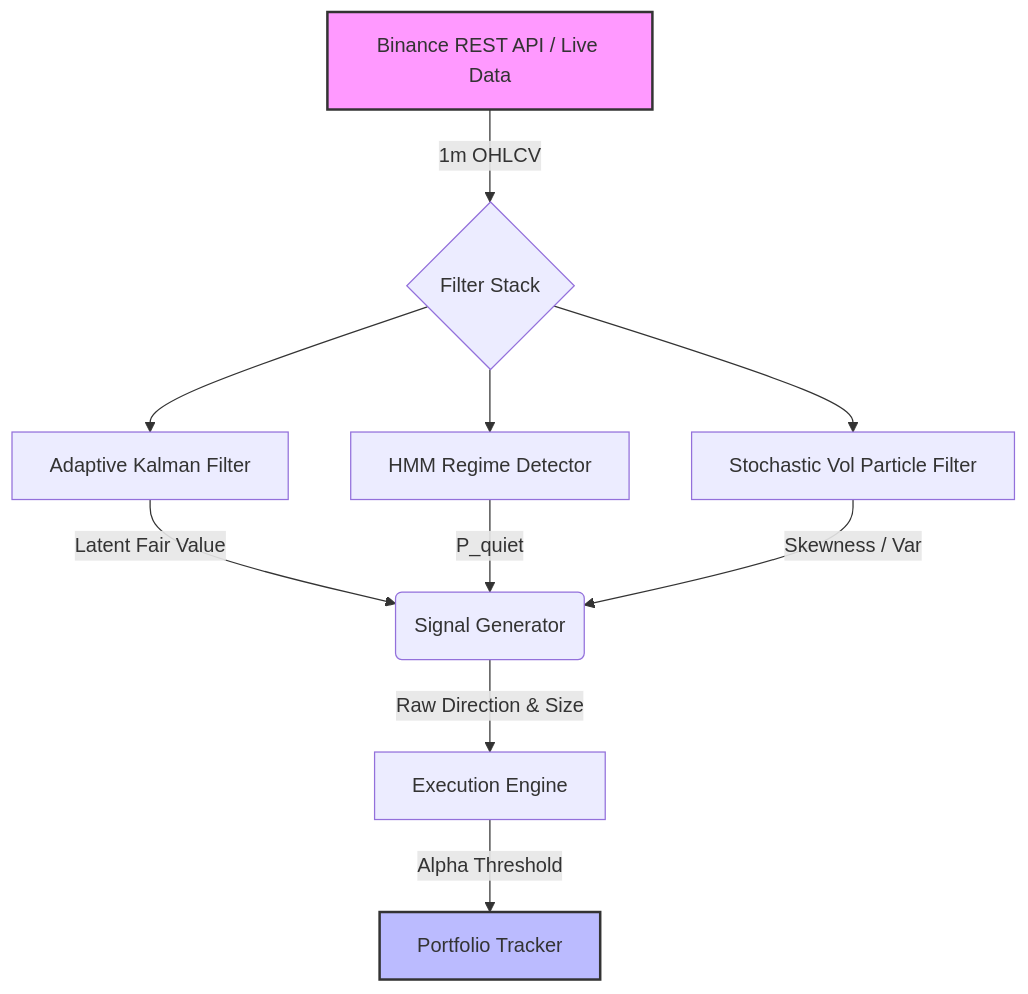
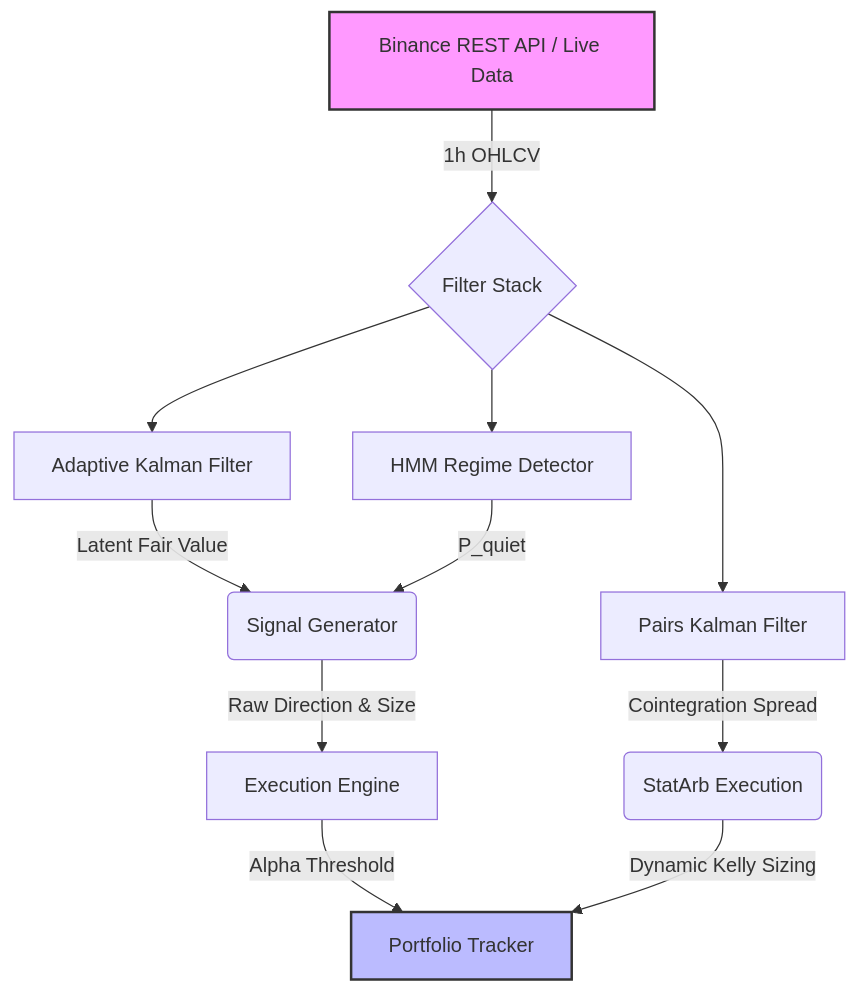
One commit to AnshDani2004/bayesian-market-filters changed the diagram in README.md. Above: the diagram before and after it, drawn with Mermaid. The commit also changed other lines of this file, not shown here.

````diff
--- a/README.md
+++ b/README.md
@@ -7,18 +7,20 @@
 ```mermaid
 graph TD
-    A[Binance REST API / Live Data] -->|1m OHLCV| B{Filter Stack}
+    A[Binance REST API / Live Data] -->|1h OHLCV| B{Filter Stack}
     
     B --> C[Adaptive Kalman Filter]
     B --> D[HMM Regime Detector]
-    B --> E[Stochastic Vol Particle Filter]
+    B --> E[Pairs Kalman Filter]
     
     C -->|Latent Fair Value| F(Signal Generator)
     D -->|P_quiet| F
-    E -->|Skewness / Var| F
     
     F -->|Raw Direction & Size| G[Execution Engine]
     G -->|Alpha Threshold| H[Portfolio Tracker]
     
+    E -->|Cointegration Spread| I(StatArb Execution)
+    I -->|Dynamic Kelly Sizing| H
+    
     style A fill:#f9f,stroke:#333,stroke-width:2px
     style H fill:#bbf,stroke:#333,stroke-width:2px
 ```
````
